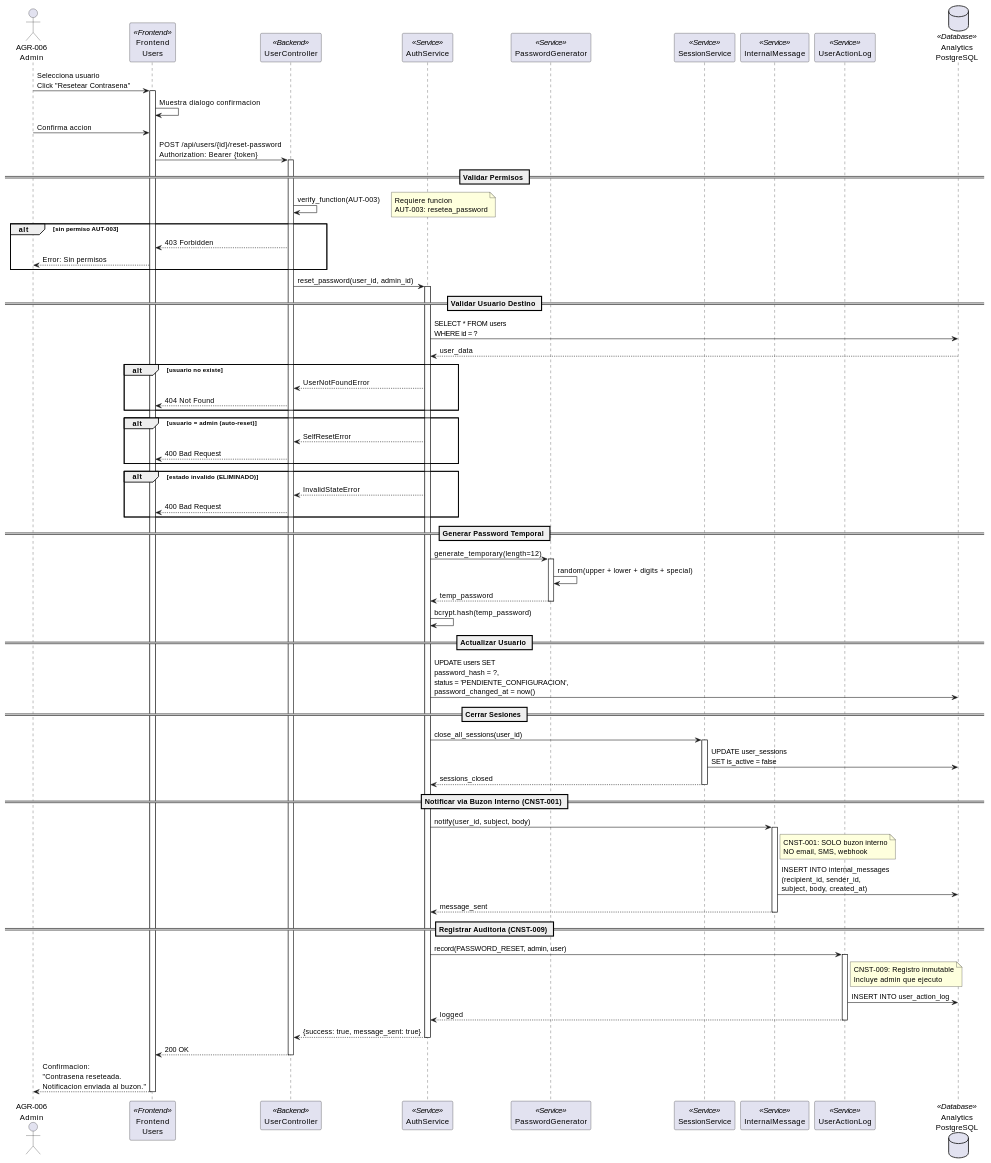
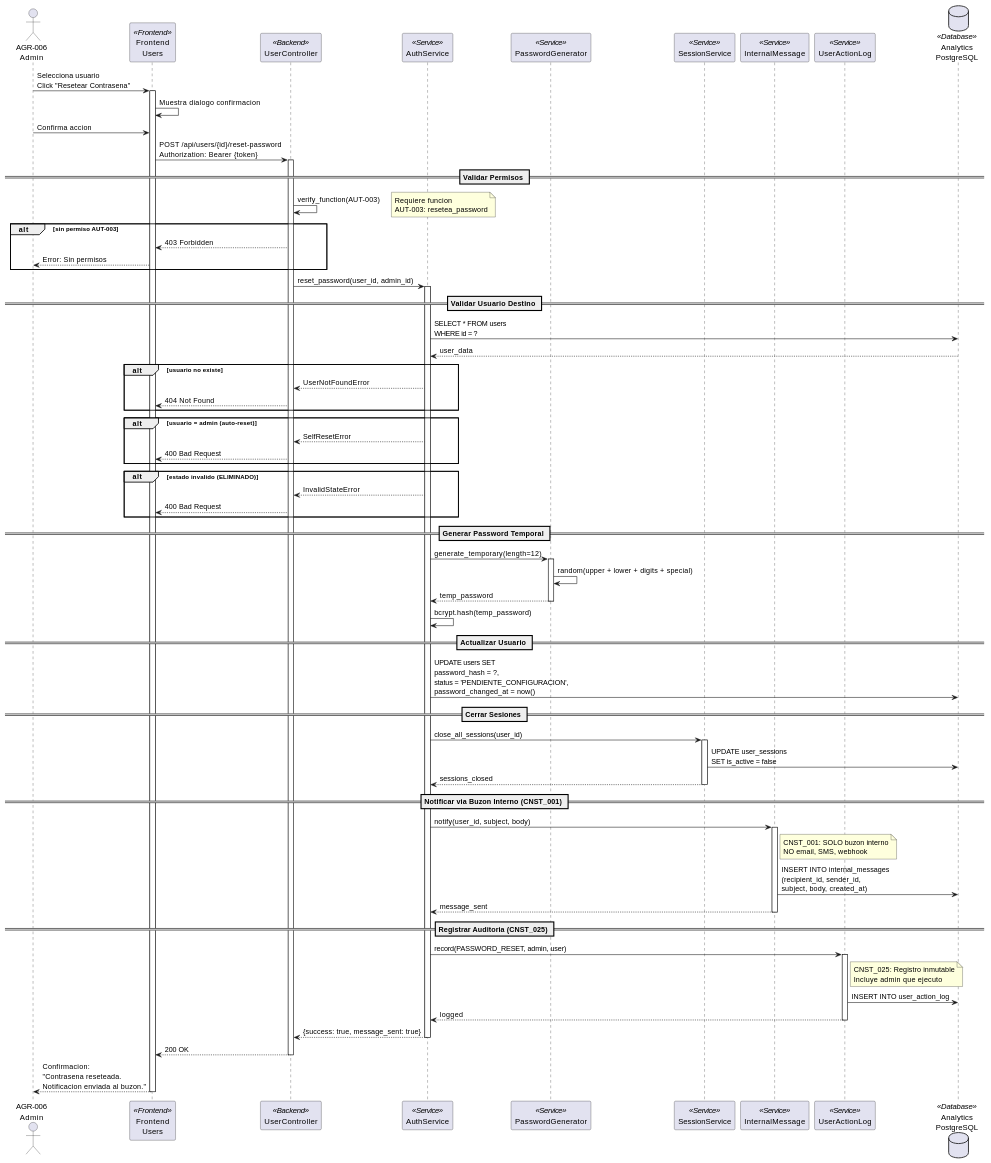
One commit to jcg-admin/IACT-docs changed the second of 3 diagrams in source/requisitos/casos_uso/auth/UC_AUTH_03_Recuperar_Contrasena.rst. Above: the diagram before and after it, drawn with PlantUML. The commit also changed other lines of this file and 67 other files, not shown here.

```diff
--- a/source/requisitos/casos_uso/auth/UC_AUTH_03_Recuperar_Contrasena.rst
+++ b/source/requisitos/casos_uso/auth/UC_AUTH_03_Recuperar_Contrasena.rst
@@ -288,22 +288,22 @@
    SS --> AS: sessions_closed
    deactivate SS
 
-   == Notificar via Buzon Interno (CNST-001) ==
+   == Notificar via Buzon Interno (CNST_001) ==
    AS -> IM: notify(user_id, subject, body)
    activate IM
    note right of IM
-     CNST-001: SOLO buzon interno
+     CNST_001: SOLO buzon interno
      NO email, SMS, webhook
    end note
    IM -> DB: INSERT INTO internal_messages\n(recipient_id, sender_id,\nsubject, body, created_at)
    IM --> AS: message_sent
    deactivate IM
 
-   == Registrar Auditoria (CNST-009) ==
+   == Registrar Auditoria (CNST_025) ==
    AS -> UAL: record(PASSWORD_RESET, admin, user)
    activate UAL
    note right of UAL
-     CNST-009: Registro inmutable
+     CNST_025: Registro inmutable
      Incluye admin que ejecuto
    end note
    UAL -> DB: INSERT INTO user_action_log
```
